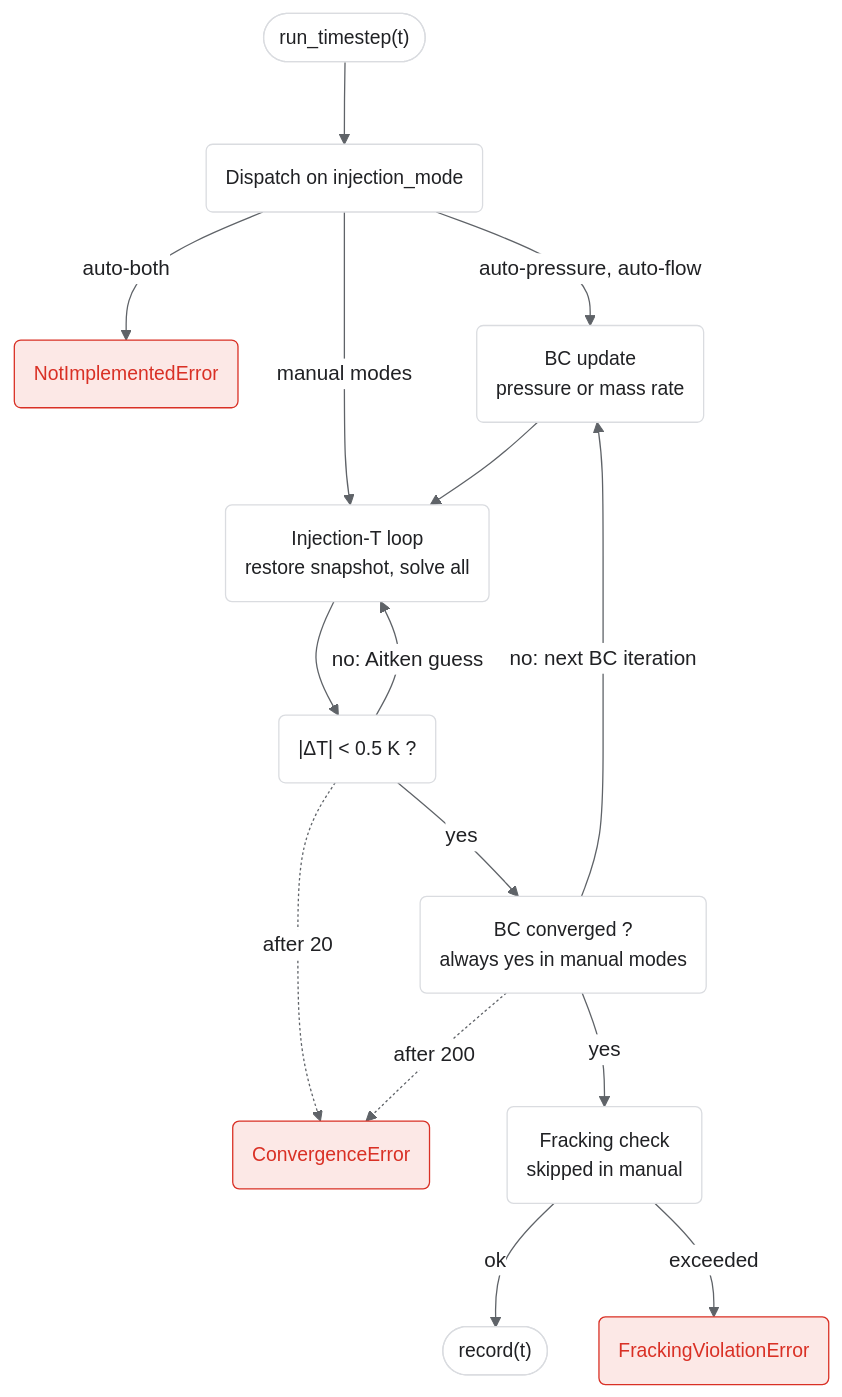
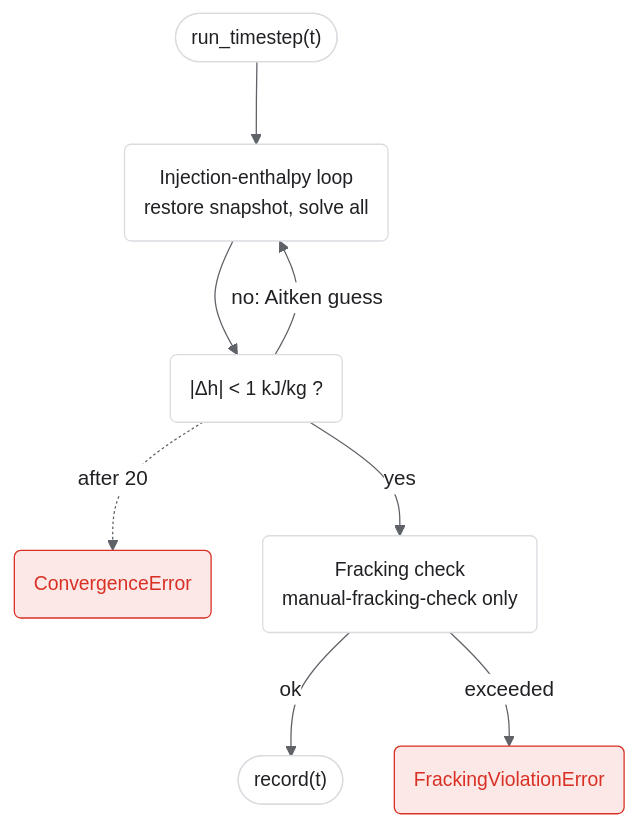
The diagram in docs/runtime/bc-iteration.md (GEG-ETHZ/TANGO-core), drawn with Mermaid before and after one commit. The commit also changed other lines of this file and 376 other files, not shown here.

````diff
--- a/docs/runtime/bc-iteration.md
+++ b/docs/runtime/bc-iteration.md
@@ -5,42 +5,31 @@
 ```mermaid
 %%{init: {"theme":"base","themeVariables":{"primaryColor":"#FFFFFF","primaryTextColor":"#202124","primaryBorderColor":"#DADCE0","lineColor":"#5F6368","secondaryColor":"#F8F9FA","tertiaryColor":"#F8F9FA","clusterBkg":"#F8F9FA","clusterBorder":"#DADCE0","edgeLabelBackground":"#FFFFFF"},"flowchart":{"curve":"basis","nodeSpacing":40,"rankSpacing":64,"useMaxWidth":true}} }%%
 flowchart TB
   start(["run_timestep(t)"])
-  pol("Dispatch on injection_mode")
-  nie("NotImplementedError")
-  bc("BC update<br/>pressure or mass rate")
-  tl("Injection-T loop<br/>restore snapshot, solve all")
-  conv("|ΔT| < 0.5 K ?")
-  bcok("BC converged ?<br/>always yes in manual modes")
+  tl("Injection-enthalpy loop<br/>restore snapshot, solve all")
+  conv("|Δh| < 1 kJ/kg ?")
   ce("ConvergenceError")
-  frk("Fracking check<br/>skipped in manual")
+  frk("Fracking check<br/>manual-fracking-check only")
   done(["record(t)"])
   fve("FrackingViolationError")
 
-  start --> pol
-  pol -- "auto-both" --> nie
-  pol -- "auto-pressure, auto-flow" --> bc
-  pol -- "manual modes" --> tl
-  bc --> tl
+  start --> tl
   tl --> conv
   conv -- "no: Aitken guess" --> tl
-  conv -- yes --> bcok
+  conv -- yes --> frk
   conv -. "after 20" .-> ce
-  bcok -- "no: next BC iteration" --> bc
-  bcok -. "after 200" .-> ce
-  bcok -- yes --> frk
   frk -- ok --> done
   frk -- exceeded --> fve
 
-  class start,done,pol code
-  class tl,bc,conv,bcok,frk code
-  class nie,fve,ce err
+  class start,done code
+  class tl,conv,frk code
+  class fve,ce err
   classDef well  fill:#F3EDF9,stroke:#7D4FB0,color:#7D4FB0,font-size:15px
   classDef res   fill:#FBEAE7,stroke:#D2402C,color:#D2402C,font-size:15px
   classDef surf  fill:#E8F0FA,stroke:#2F6FBF,color:#2F6FBF,font-size:15px
   classDef econ  fill:#E0F2F1,stroke:#007B83,color:#007B83,font-size:15px
   classDef code  fill:#FFFFFF,stroke:#DADCE0,color:#202124,font-size:15px
   classDef err   fill:#FCE8E6,stroke:#D93025,color:#D93025,font-size:15px
   classDef out   fill:#FFFFFF,stroke:#9AA0A6,color:#5F6368,stroke-dasharray:4 3,font-size:15px
   classDef human fill:#202124,stroke:#9AA0A6,color:#FFFFFF,font-size:15px
 ```
````
